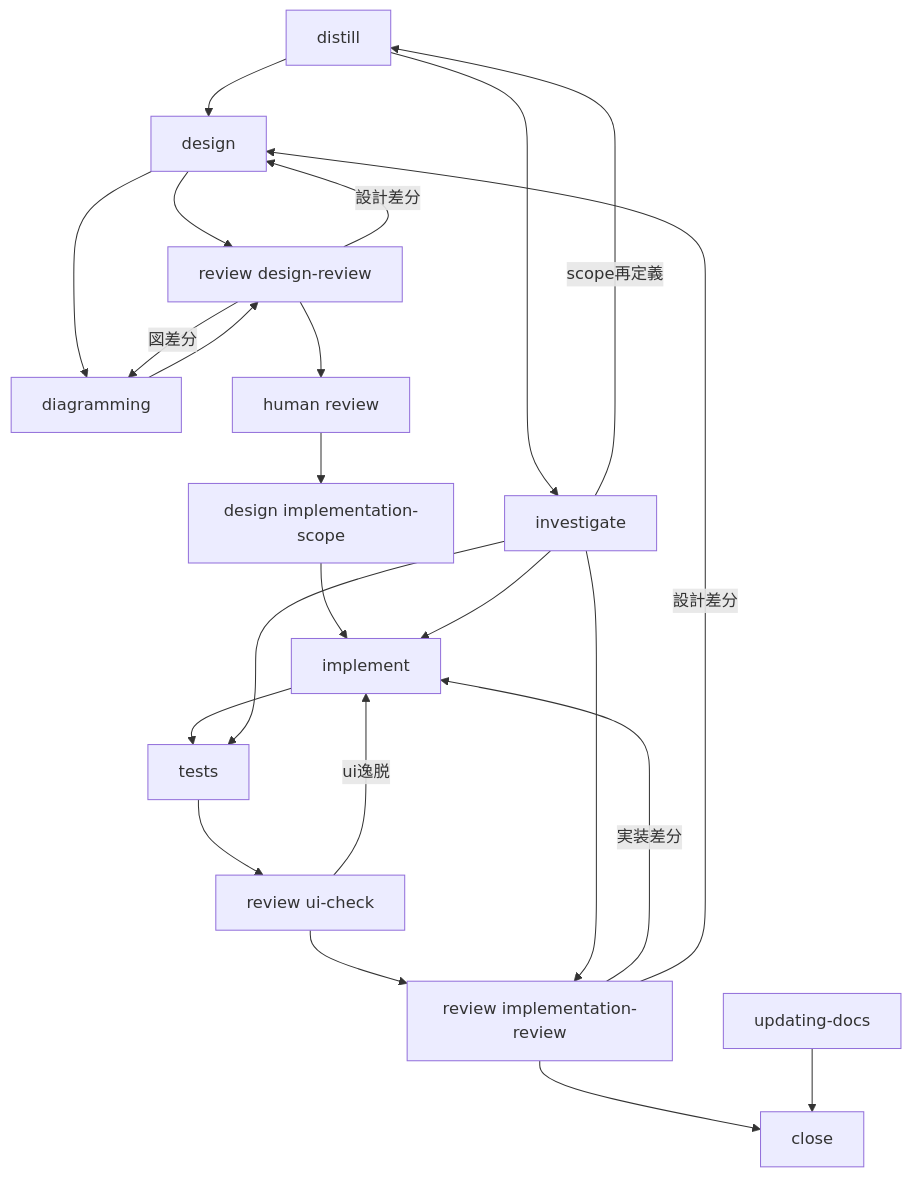
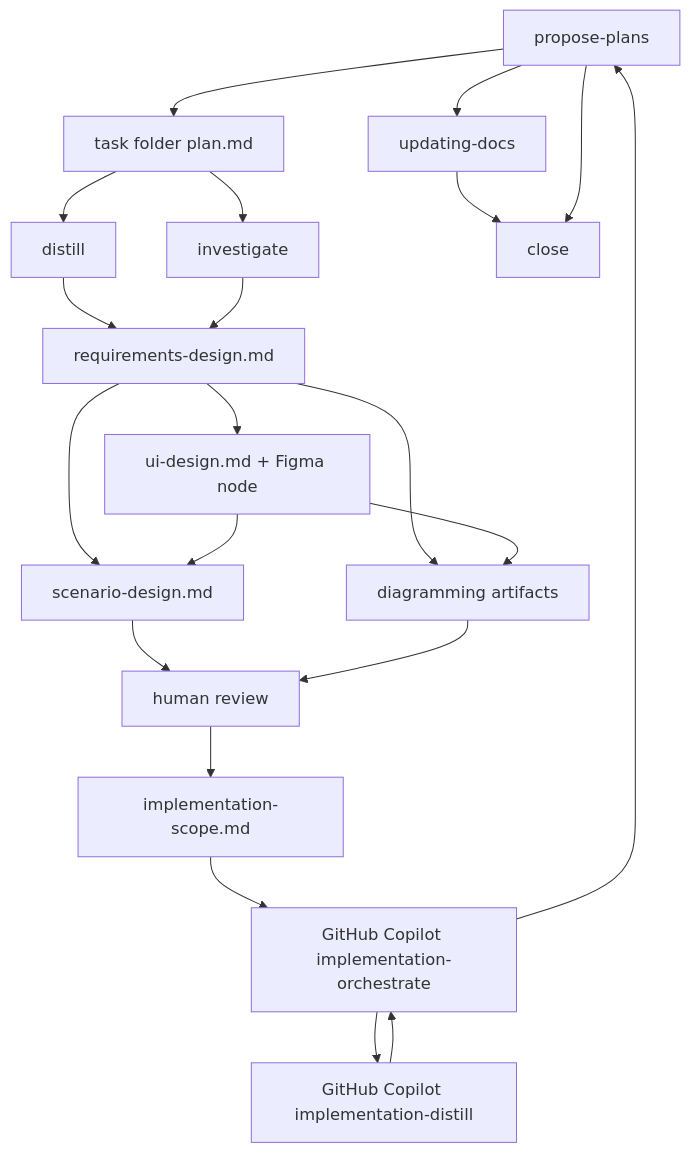
One commit to ishibata91/AITranslationEngineJP changed the diagram in .codex/workflow.md. Above: the diagram before and after it, drawn with Mermaid. The commit also changed other lines of this file and 360 other files, not shown here.

````diff
--- a/.codex/workflow.md
+++ b/.codex/workflow.md
@@ -6,30 +6,34 @@
 ```mermaid
 flowchart TD
-    A[distill]
-    B[design]
-    C[diagramming]
-    D[implement]
-    E[tests]
-    F[review design-review]
-    G[review ui-check]
-    H[review implementation-review]
-    I[investigate]
-    K[updating-docs]
+    A[propose-plans]
+    P[task folder plan.md]
+    B[distill]
+    C[investigate]
+    R[requirements-design.md]
+    U[ui-design.md + Figma node]
+    S[scenario-design.md]
+    D[diagramming artifacts]
+    F[human review]
+    G[implementation-scope.md]
+    H[GitHub Copilot implementation-orchestrate]
+    K[GitHub Copilot implementation-distill]
+    I[updating-docs]
     J[close]
 
-    A --> B --> F
-    B --> C --> F
-    F --> L[human review]
-    L --> M[design implementation-scope]
-    M --> D --> E --> G --> H --> J
-    A --> I --> D
-    I --> E
-    I --> H
-    G -- ui逸脱 --> D
-    H -- 実装差分 --> D
-    H -- 設計差分 --> B
-    F -- 設計差分 --> B
-    F -- 図差分 --> C
-    I -- scope再定義 --> A
-    K --> J
+    A --> P
+    P --> B --> R
+    P --> C --> R
+    R --> U
+    R --> S
+    U --> S
+    R --> D
+    U --> D
+    S --> F
+    D --> F
+    F --> G
+    G --> H
+    H --> K --> H
+    H --> A
+    A --> I --> J
+    A --> J
 ```
````
